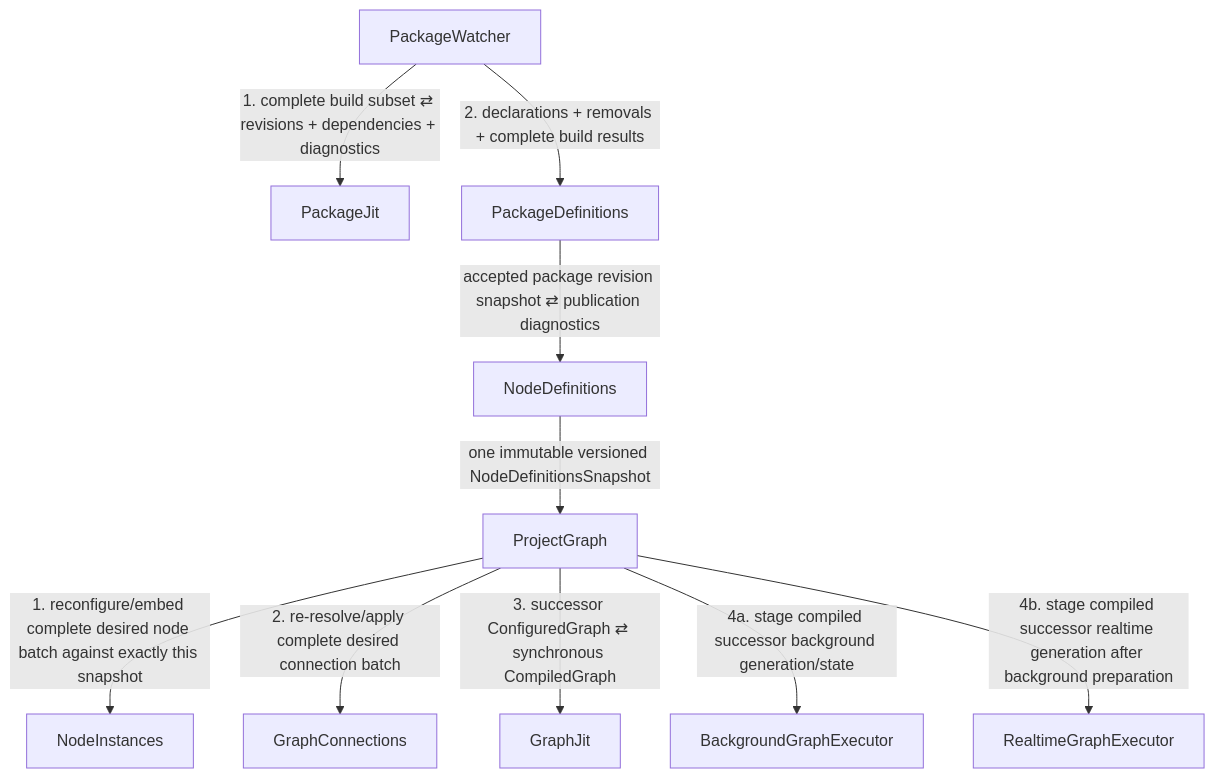
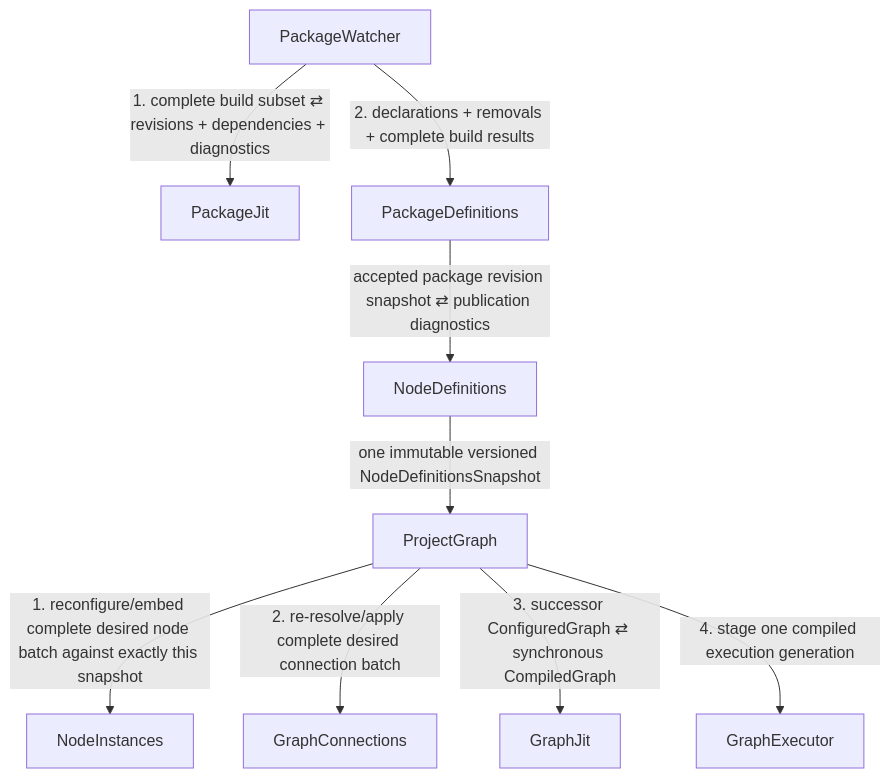
One commit to ljleb/intravenous changed the first of 4 diagrams in docs/event_flows/package_refresh.md. Above: the diagram before and after it, drawn with Mermaid. The commit also changed other lines of this file and 16 other files, not shown here.

````diff
--- a/docs/event_flows/package_refresh.md
+++ b/docs/event_flows/package_refresh.md
@@ -13,24 +13,22 @@
 ```mermaid
 flowchart TD
     PW["PackageWatcher"]
     PJ["PackageJit"]
     PD["PackageDefinitions"]
     ND["NodeDefinitions"]
     PG["ProjectGraph"]
     NI["NodeInstances"]
     GC["GraphConnections"]
     GJ["GraphJit"]
-    RGE["RealtimeGraphExecutor"]
-    BGE["BackgroundGraphExecutor"]
+    GE["GraphExecutor"]
 
     PW -->|"1. complete build subset ⇄ revisions + dependencies + diagnostics"| PJ
     PW -->|"2. declarations + removals + complete build results"| PD
     PD -->|"accepted package revision snapshot ⇄ publication diagnostics"| ND
     ND -->|"one immutable versioned NodeDefinitionsSnapshot"| PG
 
     PG -->|"1. reconfigure/embed complete desired node batch against exactly this snapshot"| NI
     PG -->|"2. re-resolve/apply complete desired connection batch"| GC
     PG -->|"3. successor ConfiguredGraph ⇄ synchronous CompiledGraph"| GJ
-    PG -->|"4a. stage compiled successor background generation/state"| BGE
-    PG -->|"4b. stage compiled successor realtime generation after background preparation"| RGE
+    PG -->|"4. stage one compiled execution generation"| GE
 ```
````
